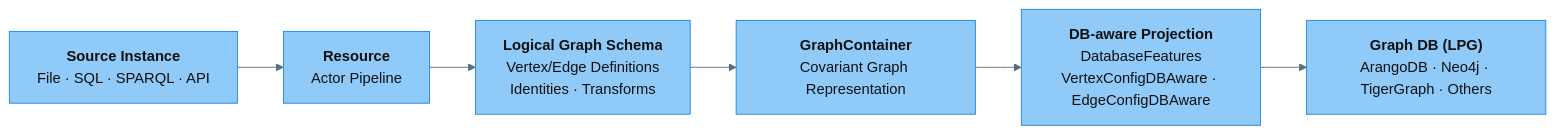
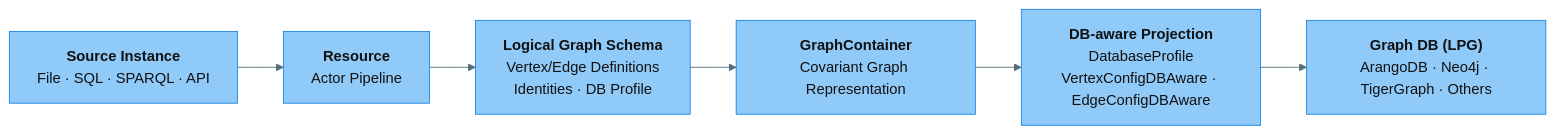
The diagram in README.md (StevenBtw/graflo), drawn with Mermaid before and after one commit. The commit also changed other lines of this file and 157 other files, not shown here.

First line of the commit message:
193 add schema versioning diffs migrations (#194)

````diff
--- a/README.md
+++ b/README.md
@@ -20,23 +20,23 @@
 ```mermaid
 %%{ init: { 
   "theme": "base",
   "themeVariables": {
     "primaryColor": "#90CAF9",
     "primaryTextColor": "#111111",
     "primaryBorderColor": "#1E88E5",
     "lineColor": "#546E7A",
     "secondaryColor": "#A5D6A7",
     "tertiaryColor": "#CE93D8"
   }
 } }%%
 
 flowchart LR
     SI["<b>Source Instance</b><br/>File · SQL · SPARQL · API"]
     R["<b>Resource</b><br/>Actor Pipeline"]
-    GS["<b>Logical Graph Schema</b><br/>Vertex/Edge Definitions<br/>Identities · Transforms"]
-    DBA["<b>DB-aware Projection</b><br/>DatabaseFeatures<br/>VertexConfigDBAware · EdgeConfigDBAware"]
+    GS["<b>Logical Graph Schema</b><br/>Vertex/Edge Definitions<br/>Identities · DB Profile"]
+    DBA["<b>DB-aware Projection</b><br/>DatabaseProfile<br/>VertexConfigDBAware · EdgeConfigDBAware"]
     GC["<b>GraphContainer</b><br/>Covariant Graph Representation"]
     DB["<b>Graph DB (LPG)</b><br/>ArangoDB · Neo4j · TigerGraph · Others"]
 
     SI --> R --> GS --> GC --> DBA --> DB
 ```
````
